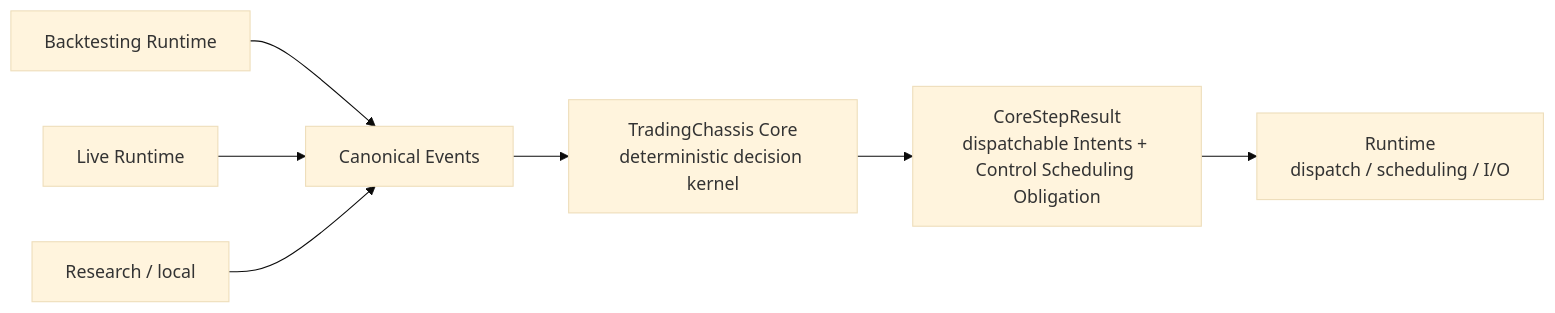
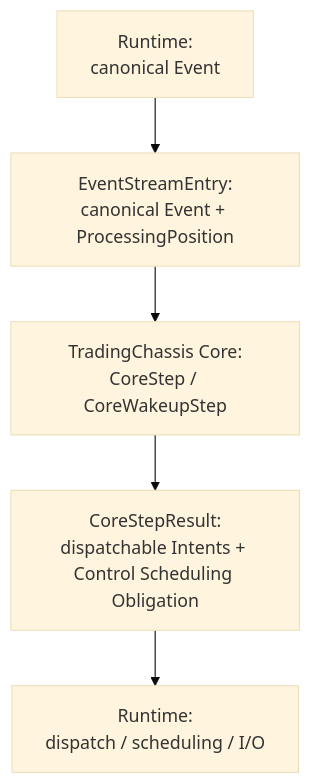
Before and after one commit to trading-engineering/trading-framework: the diagram in README.md, drawn with Mermaid (base theme).

Commit message:
docs(core): clarify motivation and backtest live parity

````diff
--- a/README.md
+++ b/README.md
@@ -85,9 +85,7 @@
 ```mermaid
-flowchart LR
-    BT["Backtesting Runtime"] --> CE["Canonical Events"]
-    LV["Live Runtime"] --> CE
-    RS["Research / local"] --> CE
-    CE --> CORE["TradingChassis Core<br/>deterministic decision kernel"]
-    CORE --> RES["CoreStepResult<br/>dispatchable Intents + Control Scheduling Obligation"]
-    RES --> RT["Runtime<br/>dispatch / scheduling / I/O"]
+flowchart TB
+    R1["Runtime:<br/>canonical Event"] --> Entry["EventStreamEntry:<br/>canonical Event + ProcessingPosition"]
+    Entry --> Core["TradingChassis Core:<br/>CoreStep / CoreWakeupStep"]
+    Core --> Result["CoreStepResult:<br/>dispatchable Intents + Control Scheduling Obligation"]
+    Result --> R2["Runtime:<br/>dispatch / scheduling / I/O"]
 ```
````
